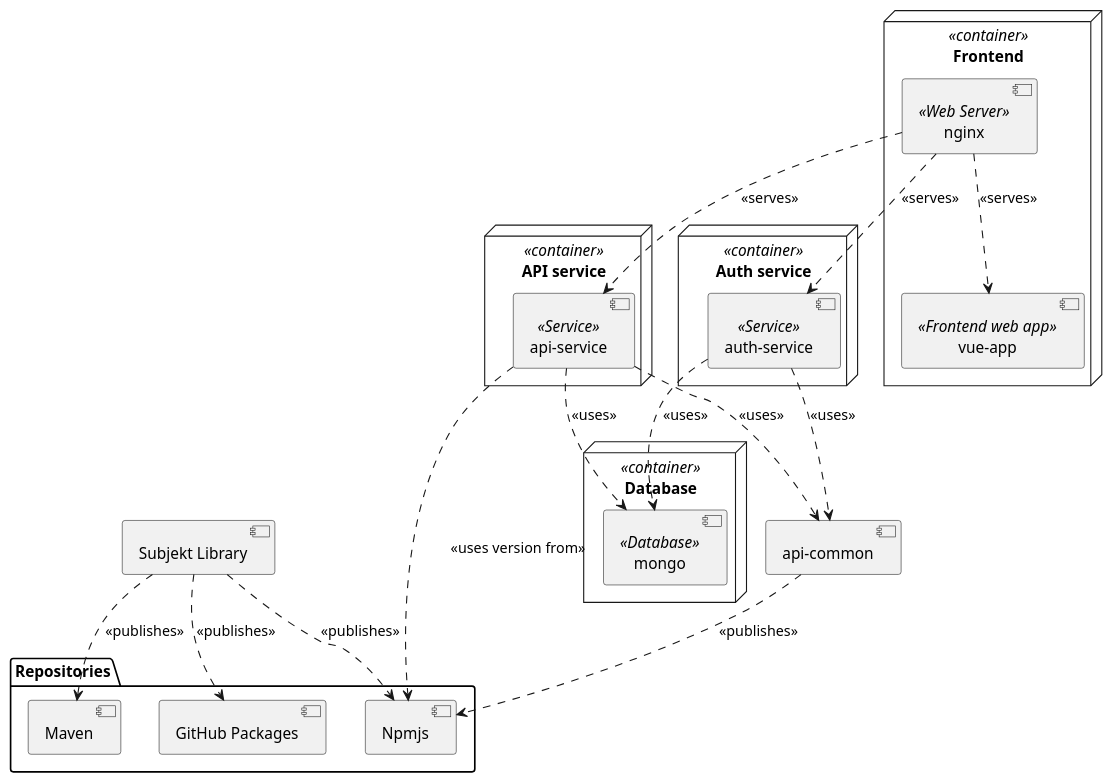
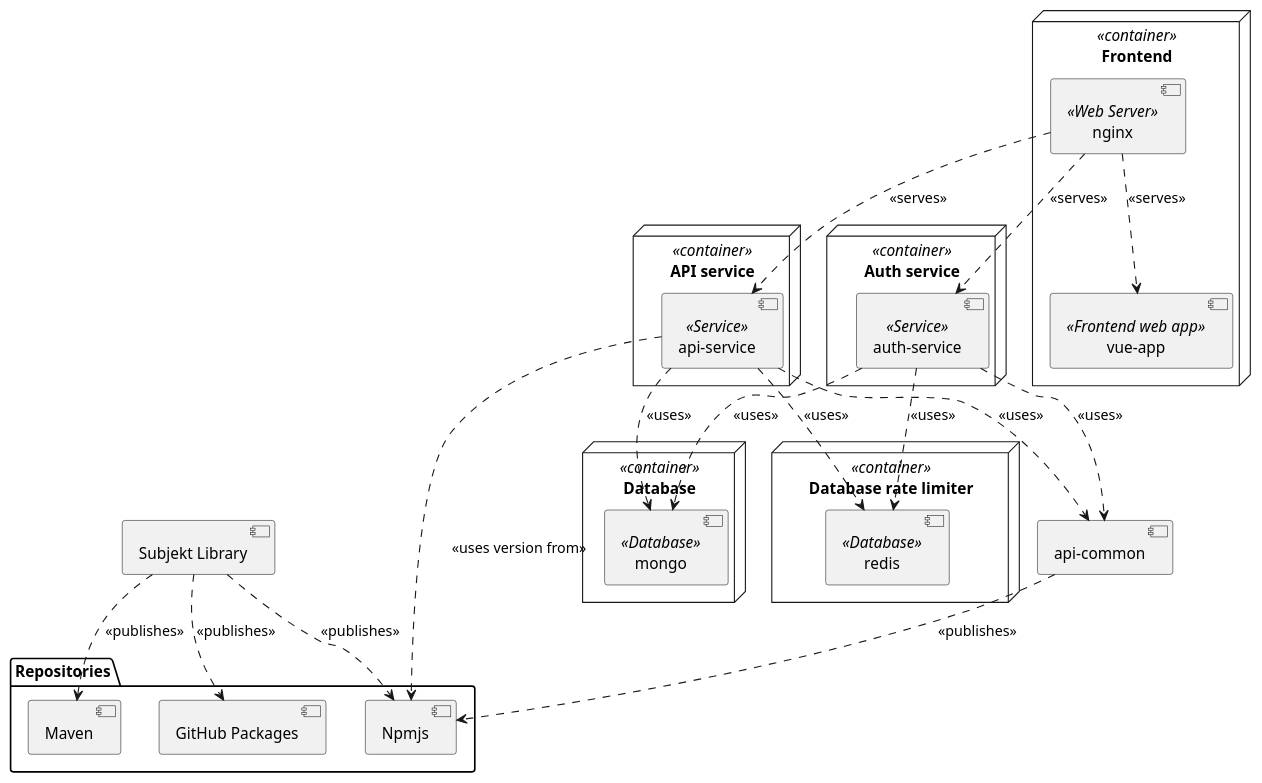
The diagram in Writerside/topics/Deployment.md (mini-roostico/subjekt-doc), drawn with PlantUML before and after one commit.

Commit message:
docs: add redis db in deployment diagram

````diff
--- a/Writerside/topics/Deployment.md
+++ b/Writerside/topics/Deployment.md
@@ -23,43 +23,49 @@
 ```plantuml
 @startuml
 node "Frontend" << container >> {
     [nginx] << Web Server >>
     [vue-app] << Frontend web app >>
 }
 
 node "API service" << container >> {
     [api-service] << Service >>
 }
 
 node "Auth service" << container >> {
     [auth-service] << Service >>
 }
 
 node "Database" << container >> {
     [mongo] << Database >>
 }
 
+node "Database rate limiter" << container >> {
+    [redis] << Database >>
+}
+
 [nginx] ..> [api-service] : <<serves>>
 [nginx] ..> [auth-service] : <<serves>>
 [nginx] ..> [vue-app] : <<serves>>
 
 [Subjekt Library]
 [api-service] ..> [api-common] : <<uses>>
 [auth-service] ..> [api-common] : <<uses>>
 [api-service] ..> [mongo] : <<uses>>
 [auth-service] ..> [mongo] : <<uses>>
+[api-service] ..> [redis] : <<uses>>
+[auth-service] ..> [redis] : <<uses>>
 
 package "Repositories" {
     [Maven]
     [Npmjs]
     [GitHub Packages]
 }
 
 [Subjekt Library] ..> [Maven] : <<publishes>>
 [Subjekt Library] ..> [Npmjs] : <<publishes>>
 [Subjekt Library] ..> [GitHub Packages] : <<publishes>>
 [api-service] .> [Npmjs] : <<uses version from>>
 
 [api-common] ..> [Npmjs] : <<publishes>>
 @enduml
 ```
````
